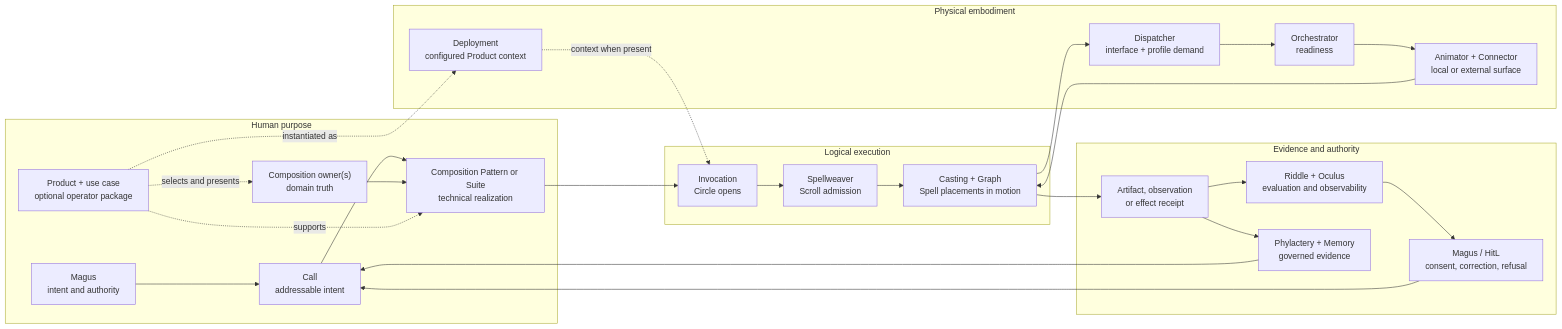
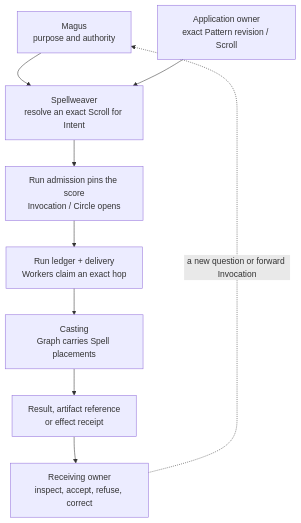
Before and after one commit to hexanomicon/lychd: the first of 2 diagrams in docs/map.md, drawn with Mermaid. The commit also changed other lines of this file and 695 other files, not shown here.

First line of the commit message:
Integrate core reliability fixes, Atlas UI, and architecture updates

````diff
--- a/docs/map.md
+++ b/docs/map.md
@@ -27,31 +21,11 @@
 ```mermaid
-flowchart LR
-    subgraph U["Human purpose"]
-        M["Magus<br/>intent and authority"] --> C["Call<br/>addressable intent"]
-        C --> T["Composition Pattern or Suite<br/>technical realization"]
-        CO["Composition owner(s)<br/>domain truth"] --> T
-        PR["Product + use case<br/>optional operator package"] -. "selects and presents" .-> CO
-        PR -. "supports" .-> T
-    end
-    subgraph L["Logical execution"]
-        T --> I["Invocation<br/>Circle opens"]
-        I --> W["Spellweaver<br/>Scroll admission"]
-        W --> G["Casting + Graph<br/>Spell placements in motion"]
-    end
-    subgraph P["Physical embodiment"]
-        PR -. "instantiated as" .-> DP["Deployment<br/>configured Product context"]
-        DP -. "context when present" .-> I
-        G --> D["Dispatcher<br/>interface + profile demand"]
-        D --> O["Orchestrator<br/>readiness"]
-        O --> N["Animator + Connector<br/>local or external surface"]
-        N --> G
-    end
-    subgraph E["Evidence and authority"]
-        G --> R["Artifact, observation<br/>or effect receipt"]
-        R --> V["Riddle + Oculus<br/>evaluation and observability"]
-        V --> H["Magus / HitL<br/>consent, correction, refusal"]
-        R --> K["Phylactery + Memory<br/>governed evidence"]
-        H --> C
-        K --> C
-    end
+flowchart TD
+    M["Magus<br/>purpose and authority"] --> W["Spellweaver<br/>resolve an exact Scroll for Intent"]
+    O["Application owner<br/>exact Pattern revision / Scroll"] --> W
+    W --> I["Run admission pins the score<br/>Invocation / Circle opens"]
+    I --> R["Run ledger + delivery<br/>Workers claim an exact hop"]
+    R --> G["Casting<br/>Graph carries Spell placements"]
+    G --> C["Result, artifact reference<br/>or effect receipt"]
+    C --> J["Receiving owner<br/>inspect, accept, refuse, correct"]
+    J -. "a new question or forward Invocation" .-> M
 ```
````
